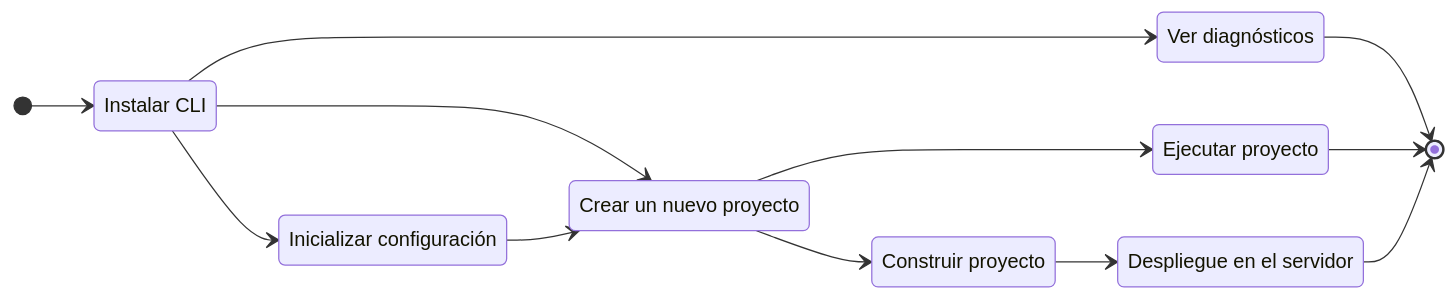
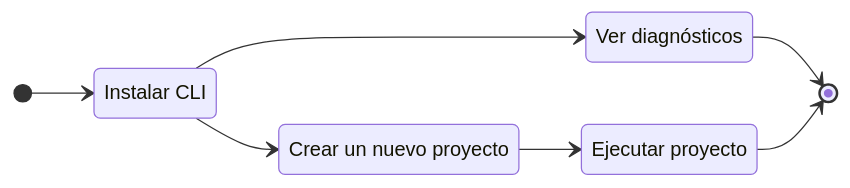
Before and after one commit to gowebly/docs: the diagram in docs/es/getting-started.md, drawn with Mermaid. The commit also changed 17 other files, not shown here.

````diff
--- a/docs/es/getting-started.md
+++ b/docs/es/getting-started.md
@@ -18,22 +18,14 @@
 ```mermaid
 stateDiagram-v2
     direction LR
         Install: Instalar CLI
-        Init: Inicializar configuración
         Doctor: Ver diagnósticos
         Create: Crear un nuevo proyecto
         Run: Ejecutar proyecto
-        Build: Construir proyecto
-        Deploy: Despliegue en el servidor
         [*] --> Install
-        Install --> Init
         Install --> Create
         Install --> Doctor
         Doctor --> [*]
-        Init --> Create
         Create --> Run
         Run --> [*]
-        Create --> Build
-        Build --> Deploy
-        Deploy --> [*]
 ```
````
